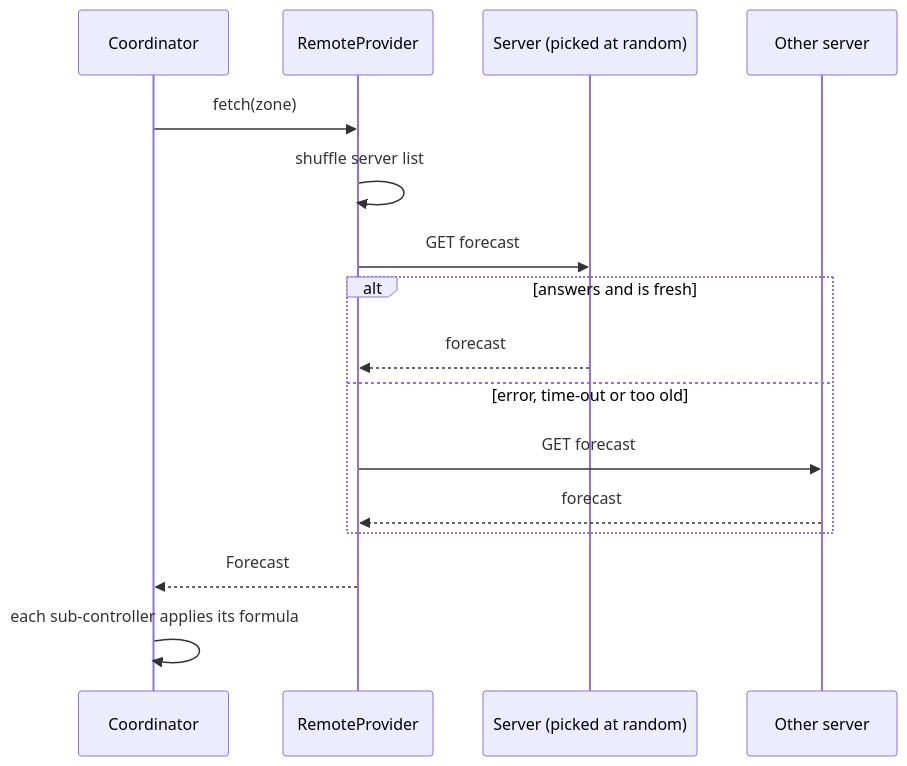
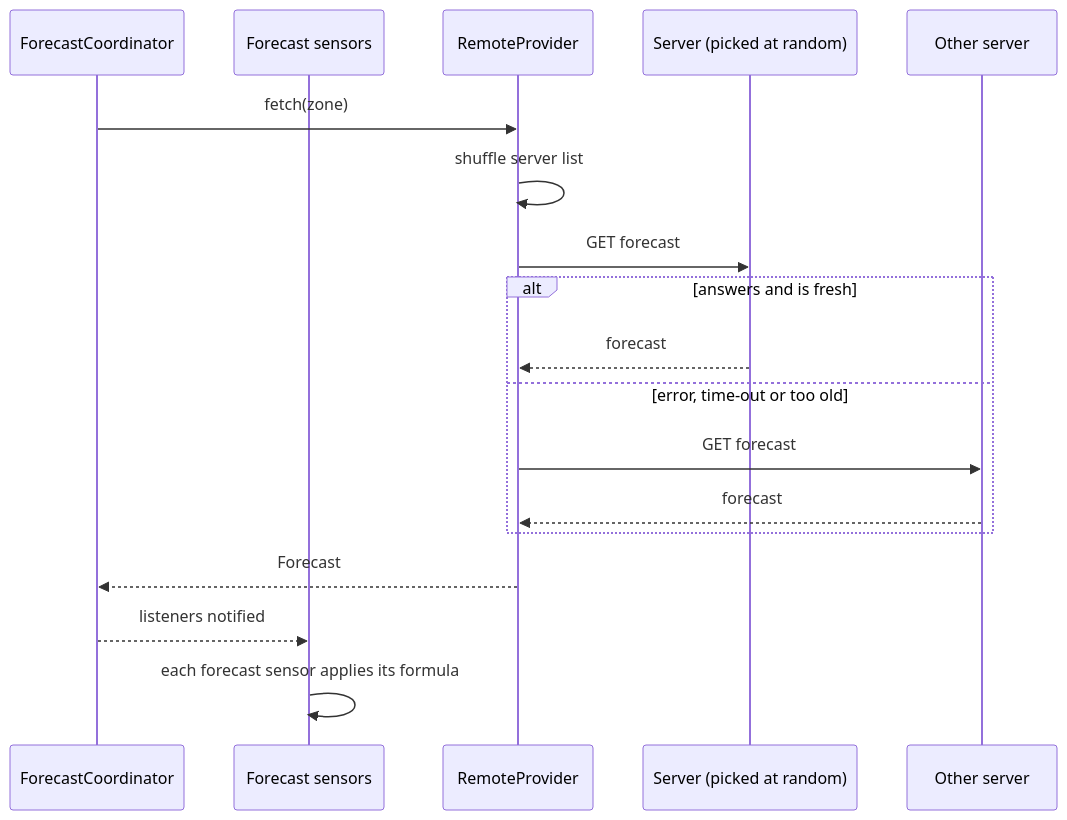
Before and after one commit to abroeders/7day-ahead-price-forecast: the second of 3 diagrams in docs/architecture.md, drawn with Mermaid. The commit also changed other lines of this file and 11 other files, not shown here.

Commit message:
feat(ha): coordinator, config flow with subentries and sensors (#2)

````diff
--- a/docs/architecture.md
+++ b/docs/architecture.md
@@ -90,18 +100,20 @@
 ```mermaid
 sequenceDiagram
-  participant C as Coordinator
+  participant C as ForecastCoordinator
+  participant Sensors as Forecast sensors
   participant P as RemoteProvider
   participant S1 as Server (picked at random)
   participant S2 as Other server
   C->>P: fetch(zone)
   P->>P: shuffle server list
   P->>S1: GET forecast
   alt answers and is fresh
     S1-->>P: forecast
   else error, time-out or too old
     P->>S2: GET forecast
     S2-->>P: forecast
   end
   P-->>C: Forecast
-  C->>C: each sub-controller applies its formula
+  C-->>Sensors: listeners notified
+  Sensors->>Sensors: each forecast sensor applies its formula
 ```
````
